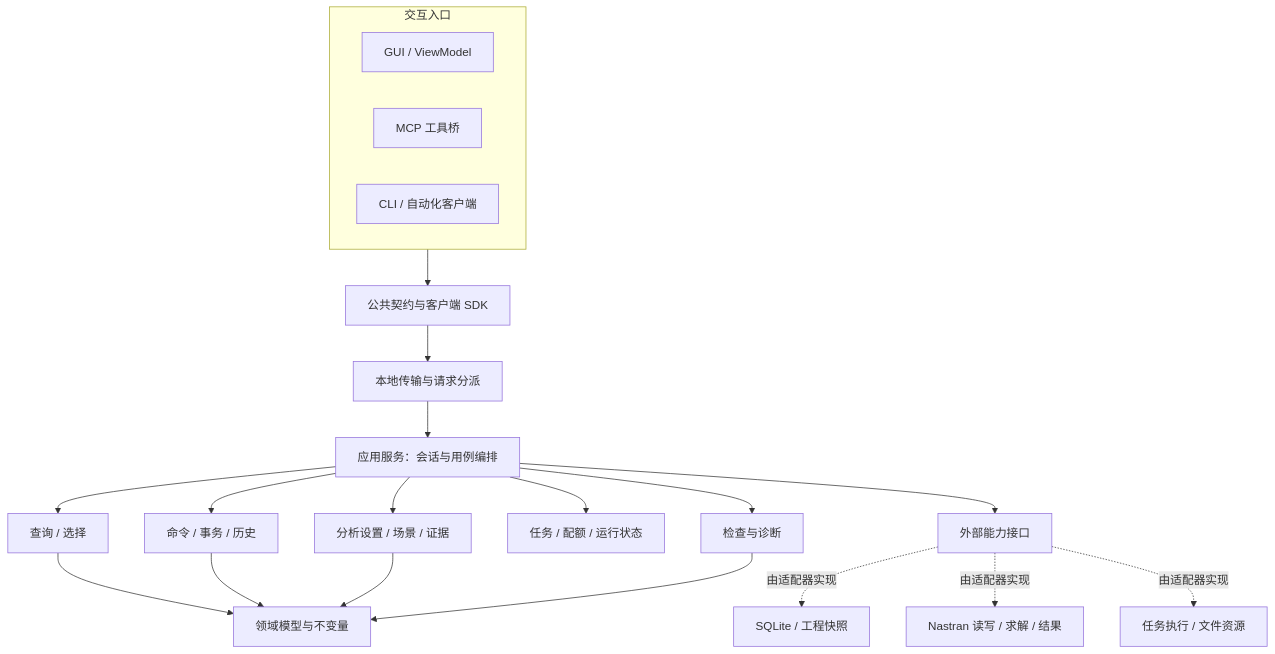
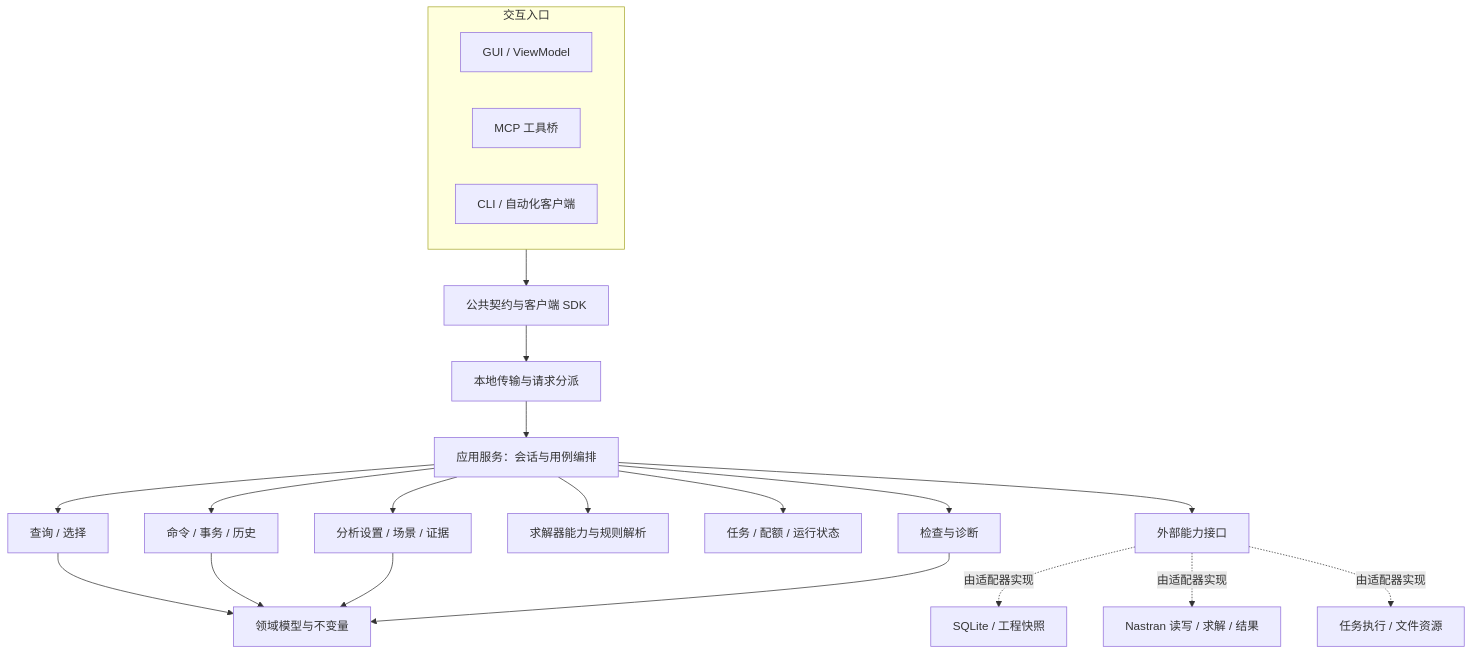
One commit to qsbird/QCAE changed the second of 2 diagrams in docs/architecture/README.md. Above: the diagram before and after it, drawn with Mermaid. The commit also changed other lines of this file and 18 other files, not shown here.

````diff
--- a/docs/architecture/README.md
+++ b/docs/architecture/README.md
@@ -56,24 +57,25 @@
 ```mermaid
 flowchart TB
     subgraph Entry[交互入口]
       GUI[GUI / ViewModel]
       MCP[MCP 工具桥]
       CLI[CLI / 自动化客户端]
     end
     Entry --> Contract[公共契约与客户端 SDK]
     Contract --> Transport[本地传输与请求分派]
     Transport --> App[应用服务：会话与用例编排]
     App --> Query[查询 / 选择]
     App --> Tx[命令 / 事务 / 历史]
     App --> Analysis[分析设置 / 场景 / 证据]
+    App --> Profiles[求解器能力与规则解析]
     App --> Jobs[任务 / 配额 / 运行状态]
     App --> Check[检查与诊断]
     Query --> Domain[领域模型与不变量]
     Tx --> Domain
     Analysis --> Domain
     Check --> Domain
     App --> Ports[外部能力接口]
     Ports -.由适配器实现.-> Storage[SQLite / 工程快照]
     Ports -.由适配器实现.-> Nastran[Nastran 读写 / 求解 / 结果]
     Ports -.由适配器实现.-> IO[任务执行 / 文件资源]
 ```
````
